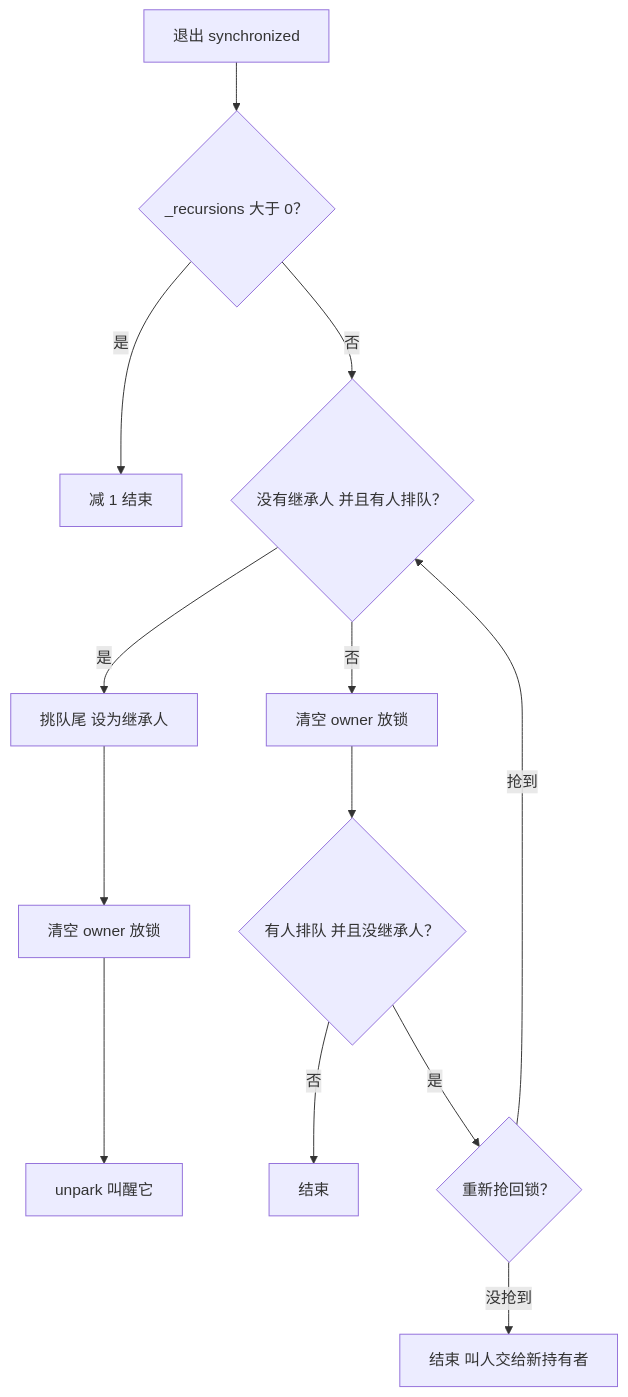
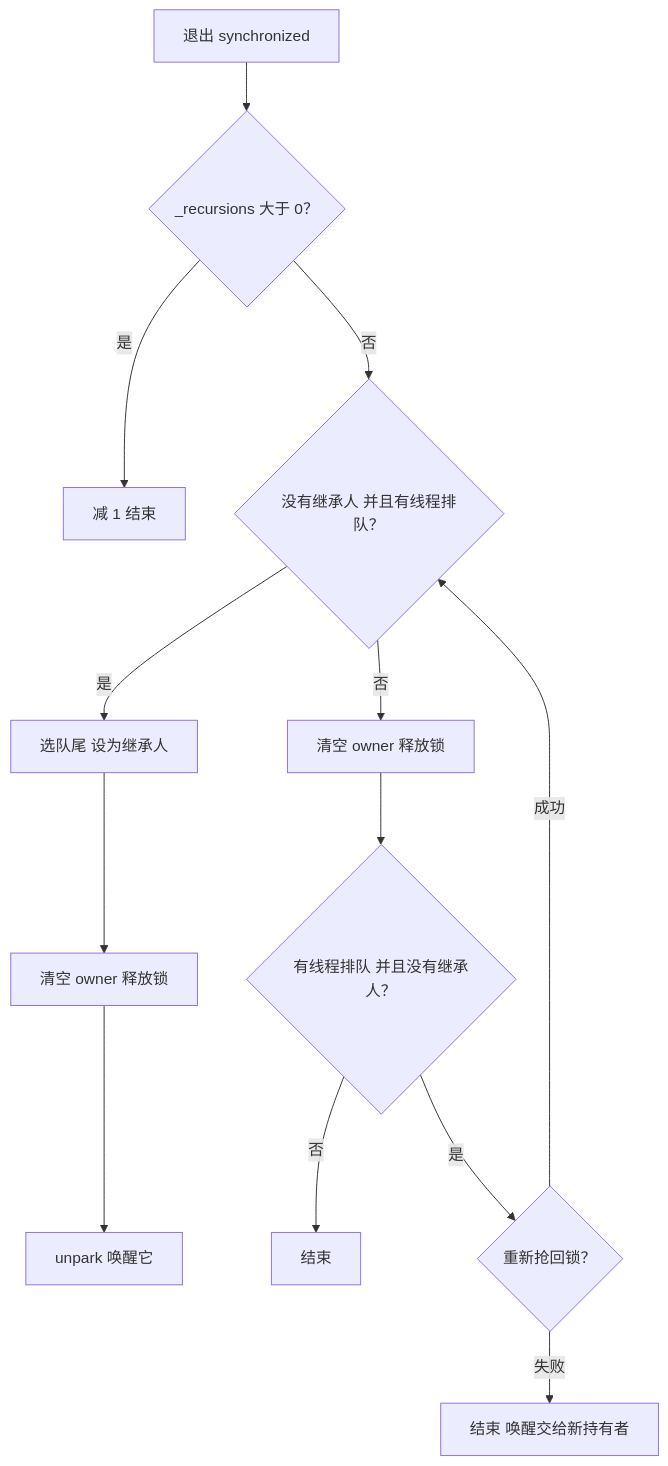
Before and after one commit to mamawai/mamawai.github.io: the third of 6 diagrams in docs/java/concurrency/synchronized-lock-upgrade.md, drawn with Mermaid. The commit also changed other lines of this file and 1 other file, not shown here.

````diff
--- a/docs/java/concurrency/synchronized-lock-upgrade.md
+++ b/docs/java/concurrency/synchronized-lock-upgrade.md
@@ -399,15 +411,15 @@
 ```mermaid
 flowchart TD
   X["退出 synchronized"] --> R{"_recursions 大于 0？"}
   R -->|是| R1["减 1 结束"]
-  R -->|否| S{"没有继承人 并且有人排队？"}
-  S -->|是| P["挑队尾 设为继承人"]
-  P --> P2["清空 owner 放锁"]
-  P2 --> P3["unpark 叫醒它"]
-  S -->|否| D["清空 owner 放锁"]
-  D --> C{"有人排队 并且没继承人？"}
+  R -->|否| S{"没有继承人 并且有线程排队？"}
+  S -->|是| P["选队尾 设为继承人"]
+  P --> P2["清空 owner 释放锁"]
+  P2 --> P3["unpark 唤醒它"]
+  S -->|否| D["清空 owner 释放锁"]
+  D --> C{"有线程排队 并且没有继承人？"}
   C -->|否| E["结束"]
   C -->|是| T{"重新抢回锁？"}
-  T -->|抢到| S
-  T -->|没抢到| E2["结束 叫人交给新持有者"]
+  T -->|成功| S
+  T -->|失败| E2["结束 唤醒交给新持有者"]
 ```
````
